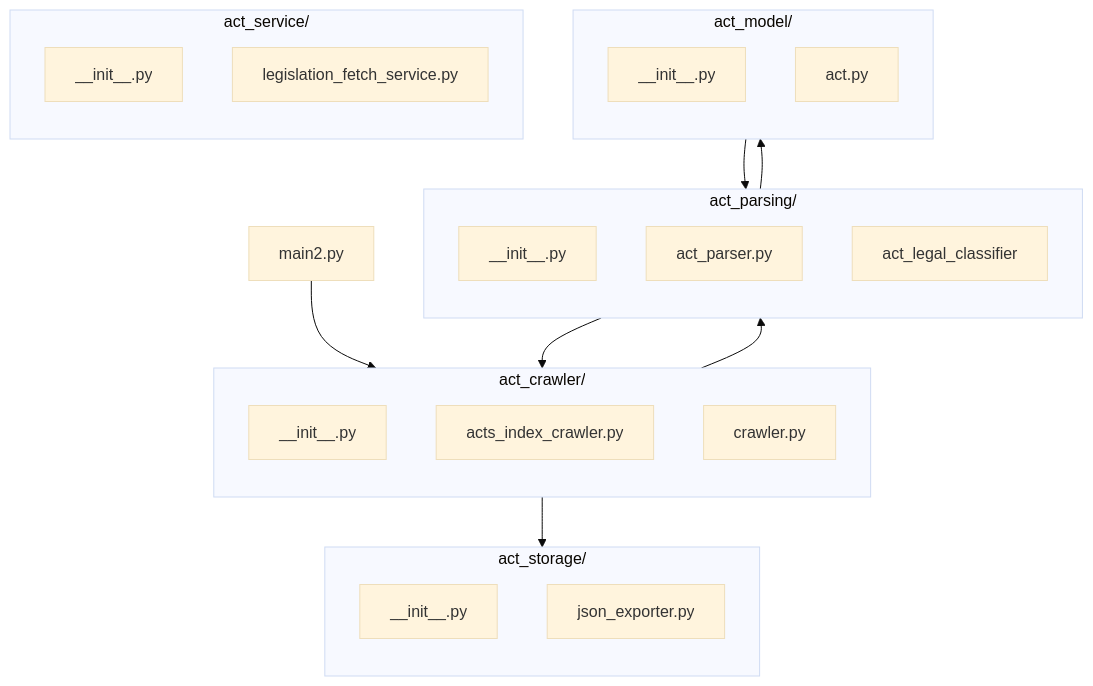
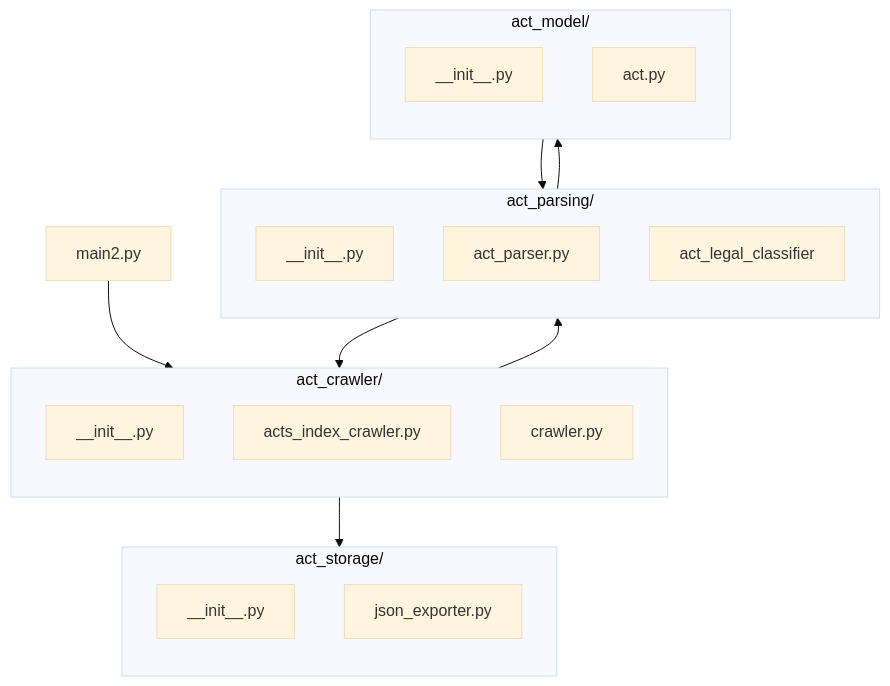
The second of 2 diagrams in README.md (royonzioki/engineering-challenge), drawn with Mermaid (base theme) before and after one commit.

Commit message:
More Updates

````diff
--- a/README.md
+++ b/README.md
@@ -159,50 +159,43 @@
 ```mermaid
 flowchart TD
     %% Main entry point
     main[main2.py]
 
     %% Act Index Crawler
     subgraph crawler_folder[act_crawler/]
         direction TB
         act_crawler_init[__init__.py]
         acts_index_crawler[acts_index_crawler.py]
         crawler[crawler.py]
     end
 
     %% Parser
     subgraph parser_folder[act_parsing/]
         direction TB
         act_parsing_init[__init__.py]
         act_parser[act_parser.py]
         act_legal_classifier[act_legal_classifier]
     end
 
     %% Model
     subgraph models_folder[act_model/]
         direction TB
         act_model_init[__init__.py]
         act[act.py]
     end
 
-    %% Services
-    subgraph services_folder[act_service/]
-        direction TB
-        act_services_init[__init__.py]
-        legislation_fetch_service[legislation_fetch_service.py]
-    end
-
     %% Exporter
     subgraph exporters_folder[act_storage/]
         direction TB
         act_storage_init[__init__.py]
         json_exporter[json_exporter.py]
     end
 
     %% Data flow arrows
     main --> acts_index_crawler
     acts_index_crawler --> act_legal_classifier
     act_legal_classifier --> act
     act --> act_parser
     act_parser --> crawler
     crawler --> json_exporter
    ```
````
